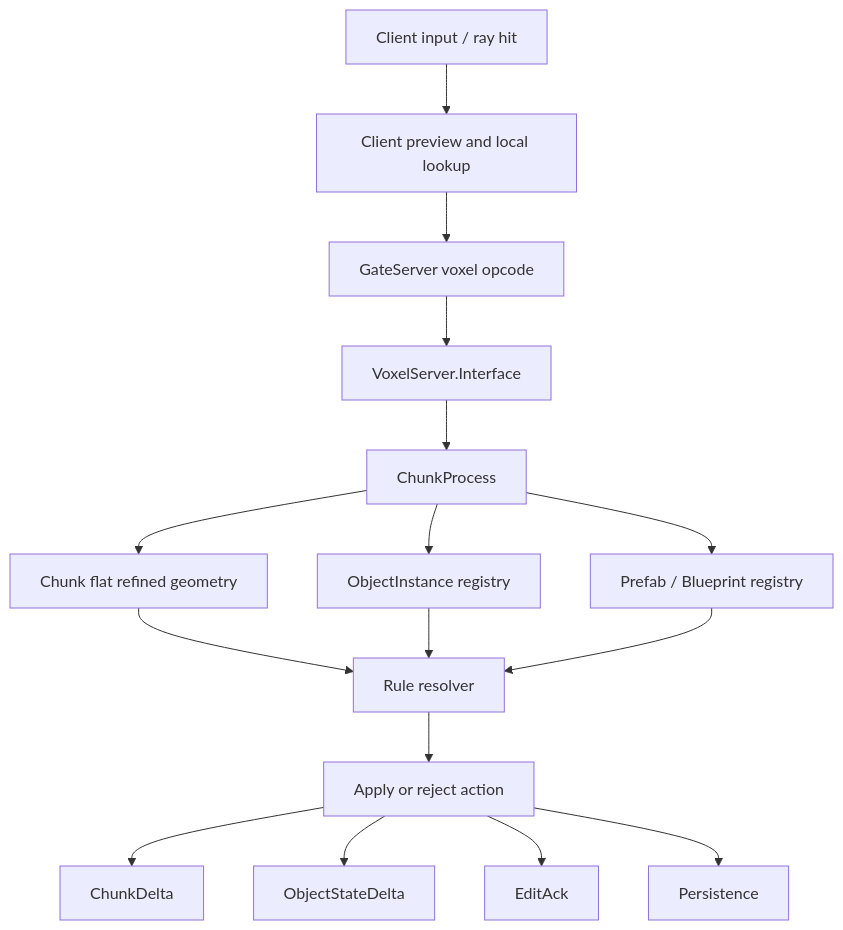
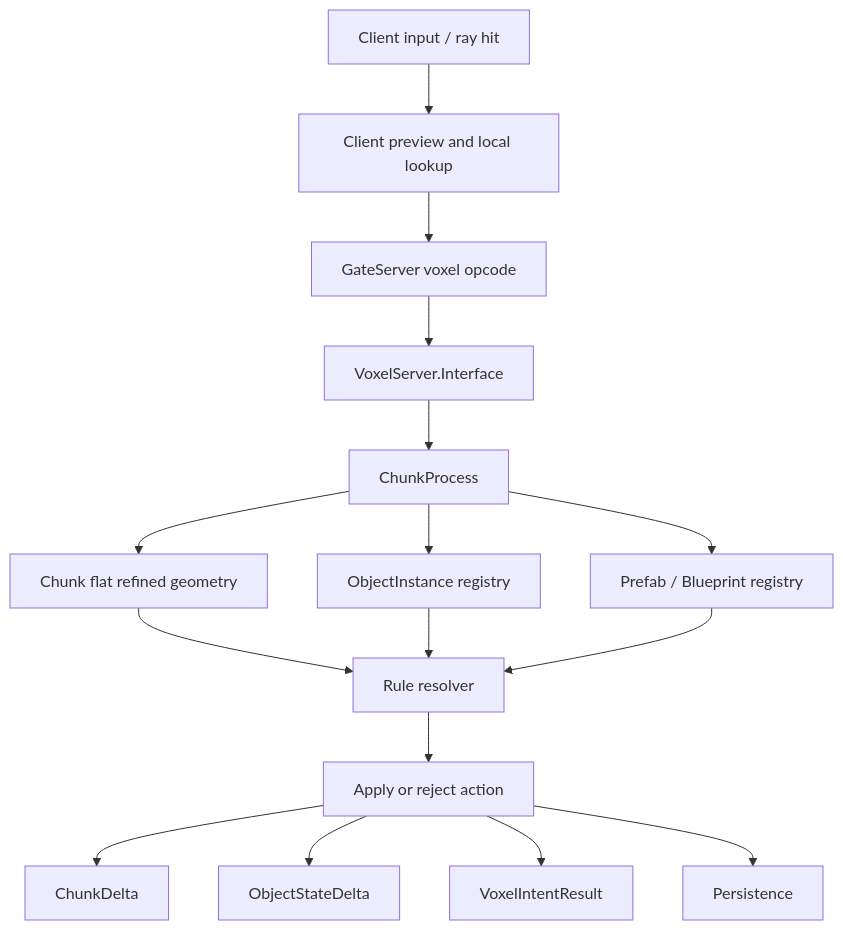
The diagram in docs/2026-04-25-体素蓝图组合与场景归属设计.md (dyzdyz010/ex_mmo_cluster), drawn with Mermaid before and after one commit. The commit also changed other lines of this file and 11 other files, not shown here.

````diff
--- a/docs/2026-04-25-体素蓝图组合与场景归属设计.md
+++ b/docs/2026-04-25-体素蓝图组合与场景归属设计.md
@@ -175,18 +175,18 @@
 ```mermaid
 flowchart TD
   A["Client input / ray hit"] --> B["Client preview and local lookup"]
   B --> C["GateServer voxel opcode"]
   C --> D["VoxelServer.Interface"]
   D --> E["ChunkProcess"]
   E --> F["Chunk flat refined geometry"]
   E --> G["ObjectInstance registry"]
   E --> H["Prefab / Blueprint registry"]
   F --> I["Rule resolver"]
   G --> I
   H --> I
   I --> J["Apply or reject action"]
   J --> K["ChunkDelta"]
   J --> L["ObjectStateDelta"]
-  J --> M["EditAck"]
+  J --> M["VoxelIntentResult"]
   J --> N["Persistence"]
 ```
````
